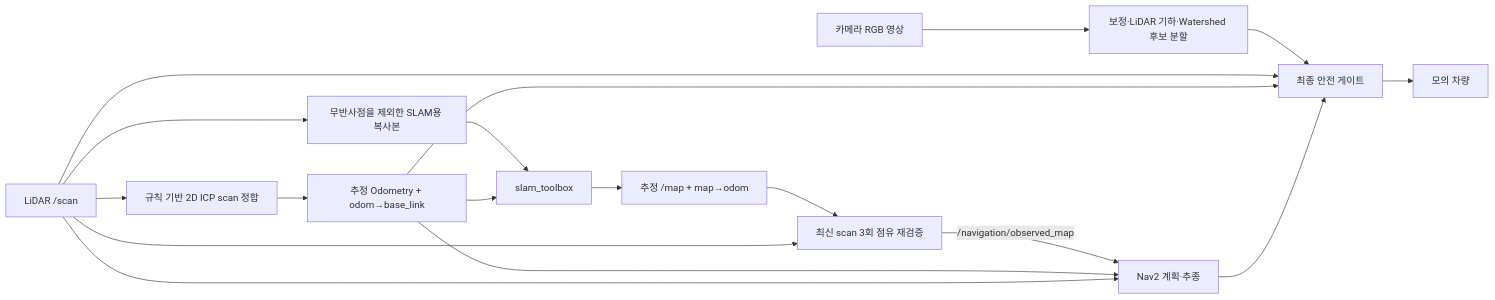
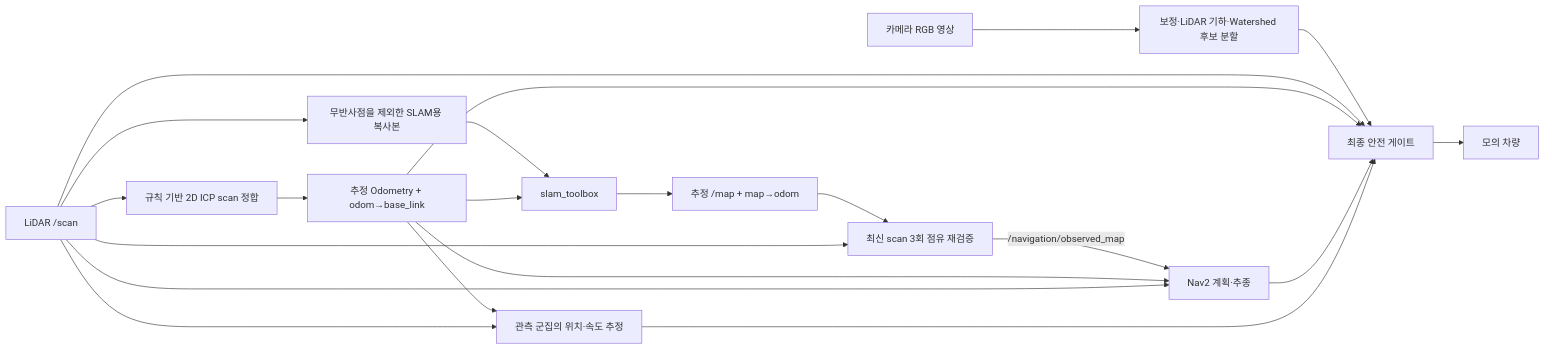
Before and after one commit to dongguekim-rgb/mrider: the diagram in docs/sensor-only-navigation.md, drawn with Mermaid. The commit also changed other lines of this file and 359 other files, not shown here.

````diff
--- a/docs/sensor-only-navigation.md
+++ b/docs/sensor-only-navigation.md
@@ -30,19 +30,22 @@
 ```mermaid
 flowchart LR
   SCAN["LiDAR /scan"] --> ICP["규칙 기반 2D ICP scan 정합"]
   ICP --> ODOM["추정 Odometry + odom→base_link"]
   SCAN --> FILTER["무반사점을 제외한 SLAM용 복사본"] --> SLAM["slam_toolbox"]
   ODOM --> SLAM
   SLAM --> MAP["추정 /map + map→odom"]
   MAP --> LIVE["최신 scan 3회 점유 재검증"]
   SCAN --> LIVE
   LIVE -->|/navigation/observed_map| NAV["Nav2 계획·추종"]
   ODOM --> NAV
+  ODOM --> MOTION["관측 군집의 위치·속도 추정"]
+  SCAN --> MOTION
   SCAN --> NAV
   RGB["카메라 RGB 영상"] --> FLOOR["보정·LiDAR 기하·Watershed 후보 분할"]
   FLOOR --> GATE["최종 안전 게이트"]
   SCAN --> GATE
   ODOM --> GATE
   NAV --> GATE
+  MOTION --> GATE
   GATE --> CAR["모의 차량"]
 ```
````
